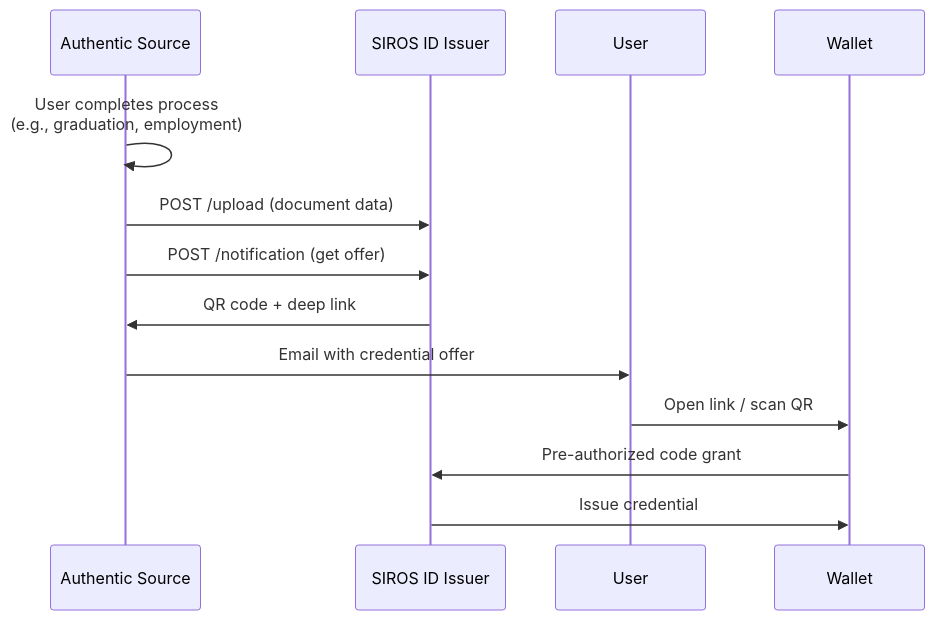
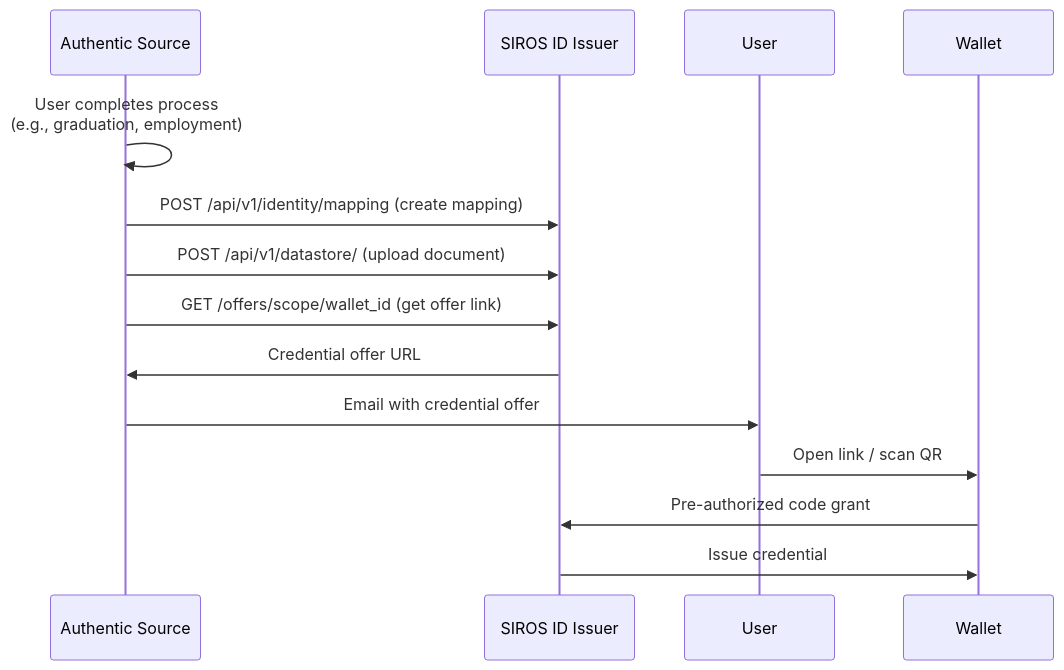
The second of 2 diagrams in docs/sirosid/issuers/api-integration.md (sirosfoundation/docs), drawn with Mermaid before and after one commit. The commit also changed other lines of this file, not shown here.

Commit message:
docs: update API integration guide to match PR #375 datastore/identity restructure

````diff
--- a/docs/sirosid/issuers/api-integration.md
+++ b/docs/sirosid/issuers/api-integration.md
@@ -255,16 +384,17 @@
 ```mermaid
 sequenceDiagram
     participant AS as Authentic Source
     participant Issuer as SIROS ID Issuer
     participant User
     participant Wallet
 
     AS->>AS: User completes process<br/>(e.g., graduation, employment)
-    AS->>Issuer: POST /upload (document data)
-    AS->>Issuer: POST /notification (get offer)
-    Issuer->>AS: QR code + deep link
+    AS->>Issuer: POST /api/v1/identity/mapping (create mapping)
+    AS->>Issuer: POST /api/v1/datastore/ (upload document)
+    AS->>Issuer: GET /offers/scope/wallet_id (get offer link)
+    Issuer->>AS: Credential offer URL
     AS->>User: Email with credential offer
     User->>Wallet: Open link / scan QR
     Wallet->>Issuer: Pre-authorized code grant
     Issuer->>Wallet: Issue credential
 ```
````
